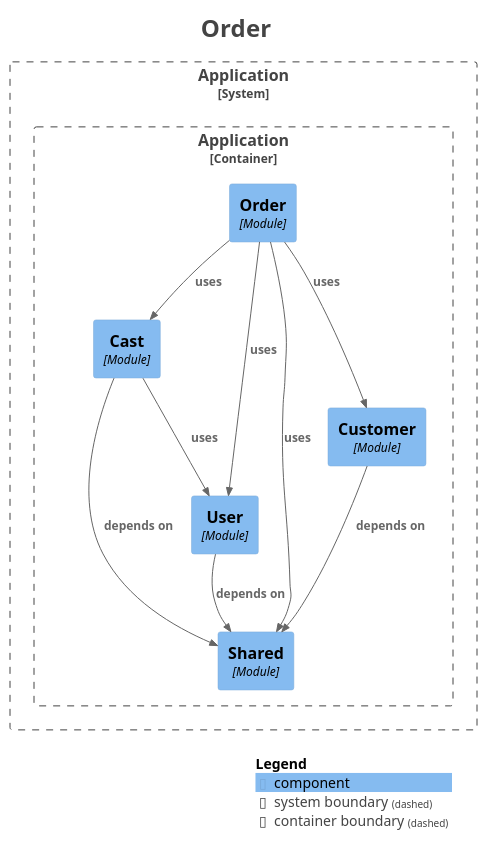
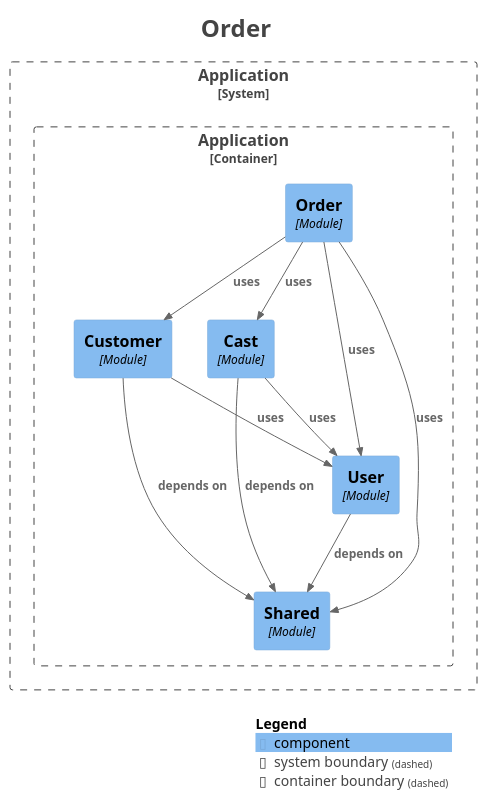
One commit to kanghouchao/Kizuna changed the diagram in backend/docs/modulith/module-order.puml. Above: the diagram before and after it, drawn with PlantUML. The commit also changed 37 other files, not shown here.

```diff
--- a/backend/docs/modulith/module-order.puml
+++ b/backend/docs/modulith/module-order.puml
@@ -1,40 +1,41 @@
 @startuml
 title <size:24>Order</size>
 
 set separator none
 top to bottom direction
 
 <style>
   root {
     BackgroundColor: #ffffff
     FontColor: #444444
   }
 </style>
 
 !include <C4/C4>
 !include <C4/C4_Context>
 !include <C4/C4_Component>
 
 System_Boundary("Application_boundary", "Application", $tags="") {
   Container_Boundary("Application.Application_boundary", "Application", $tags="") {
     Component(Application.Application.Cast, "Cast", $techn="Module", $descr="", $tags="", $link="")
+    Component(Application.Application.Customer, "Customer", $techn="Module", $descr="", $tags="", $link="")
     Component(Application.Application.Order, "Order", $techn="Module", $descr="", $tags="", $link="")
     Component(Application.Application.Shared, "Shared", $techn="Module", $descr="", $tags="", $link="")
-    Component(Application.Application.Customer, "Customer", $techn="Module", $descr="", $tags="", $link="")
     Component(Application.Application.User, "User", $techn="Module", $descr="", $tags="", $link="")
   }
 
 }
 
-Rel(Application.Application.Customer, Application.Application.Shared, "depends on", $techn="", $tags="", $link="")
 Rel(Application.Application.Cast, Application.Application.Shared, "depends on", $techn="", $tags="", $link="")
 Rel(Application.Application.Cast, Application.Application.User, "uses", $techn="", $tags="", $link="")
+Rel(Application.Application.Customer, Application.Application.Shared, "depends on", $techn="", $tags="", $link="")
+Rel(Application.Application.Customer, Application.Application.User, "uses", $techn="", $tags="", $link="")
+Rel(Application.Application.User, Application.Application.Shared, "depends on", $techn="", $tags="", $link="")
 Rel(Application.Application.Order, Application.Application.Customer, "uses", $techn="", $tags="", $link="")
 Rel(Application.Application.Order, Application.Application.Cast, "uses", $techn="", $tags="", $link="")
 Rel(Application.Application.Order, Application.Application.User, "uses", $techn="", $tags="", $link="")
 Rel(Application.Application.Order, Application.Application.Shared, "uses", $techn="", $tags="", $link="")
-Rel(Application.Application.User, Application.Application.Shared, "depends on", $techn="", $tags="", $link="")
 
 SHOW_LEGEND(true)
 hide stereotypes
 @enduml
```
